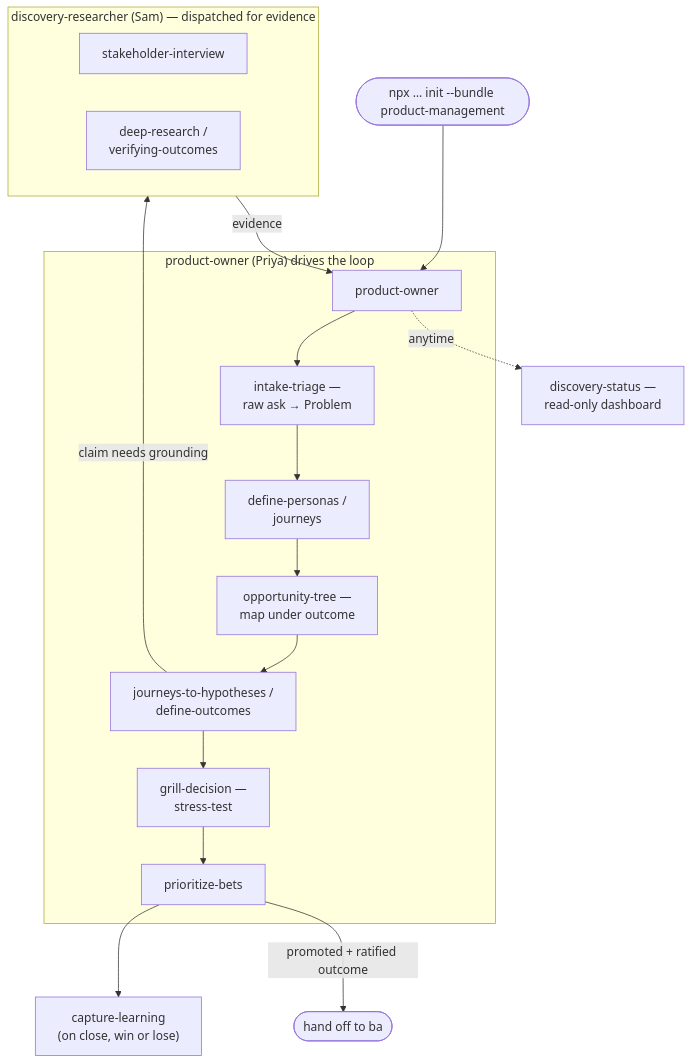
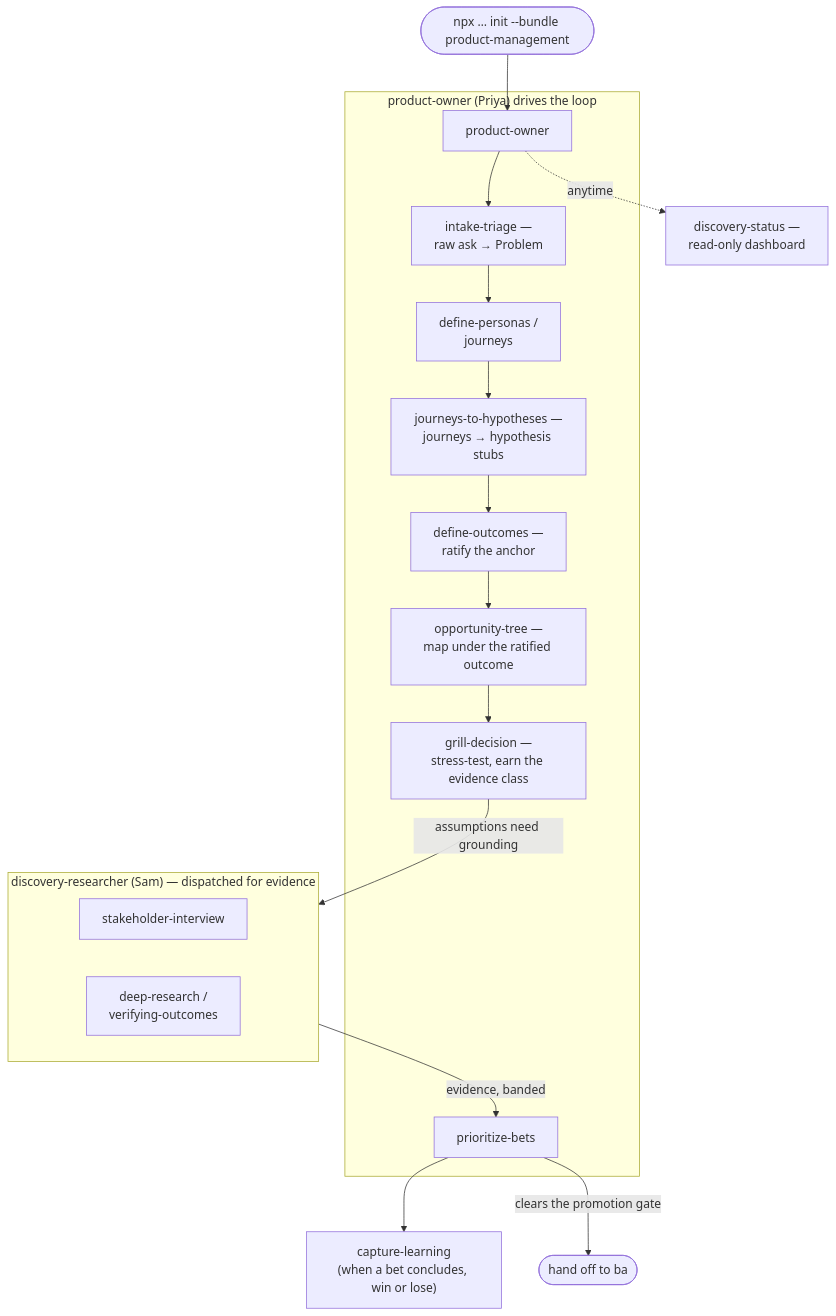
One commit to arozumenko/sdlc-skills changed the diagram in bundles/product-management/README.md. Above: the diagram before and after it, drawn with Mermaid. The commit also changed other lines of this file and 28 other files, not shown here.

````diff
--- a/bundles/product-management/README.md
+++ b/bundles/product-management/README.md
@@ -45,28 +45,29 @@
 ```mermaid
 flowchart TD
     install(["npx … init --bundle product-management"]) --> po
 
     subgraph loop["product-owner (Priya) drives the loop"]
         po["product-owner"]
         intake["intake-triage —<br/>raw ask → Problem"]
         personas["define-personas /<br/>journeys"]
-        tree["opportunity-tree —<br/>map under outcome"]
-        hyp["journeys-to-hypotheses /<br/>define-outcomes"]
-        grill["grill-decision —<br/>stress-test"]
+        hyp["journeys-to-hypotheses —<br/>journeys → hypothesis stubs"]
+        anchor["define-outcomes —<br/>ratify the anchor"]
+        tree["opportunity-tree —<br/>map under the ratified outcome"]
+        grill["grill-decision —<br/>stress-test, earn the evidence class"]
         rank["prioritize-bets"]
-        po --> intake --> personas --> tree --> hyp --> grill --> rank
+        po --> intake --> personas --> hyp --> anchor --> tree --> grill
     end
 
     subgraph research["discovery-researcher (Sam) — dispatched for evidence"]
         interview["stakeholder-interview"]
         deep["deep-research /<br/>verifying-outcomes"]
     end
 
-    hyp -->|"claim needs grounding"| research
-    research -->|"evidence"| po
+    grill -->|"assumptions need grounding"| research
+    research -->|"evidence, banded"| rank
 
-    rank --> learn["capture-learning<br/>(on close, win or lose)"]
+    rank --> learn["capture-learning<br/>(when a bet concludes, win or lose)"]
     po -.->|"anytime"| status["discovery-status —<br/>read-only dashboard"]
 
-    rank -->|"promoted + ratified outcome"| ba(["hand off to ba"])
+    rank -->|"clears the promotion gate"| ba(["hand off to ba"])
 ```
````
